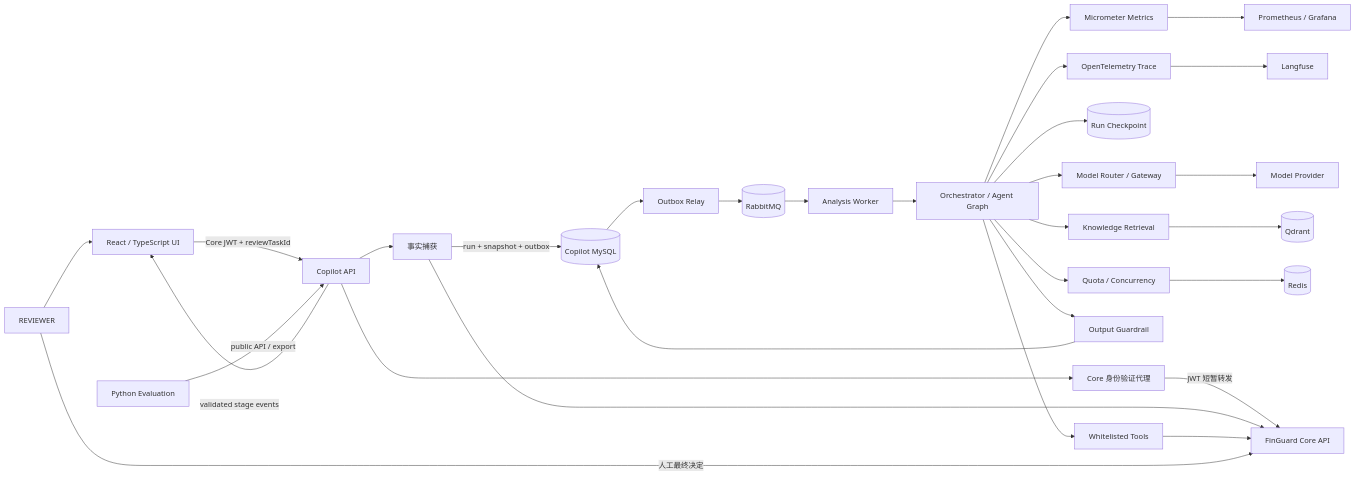
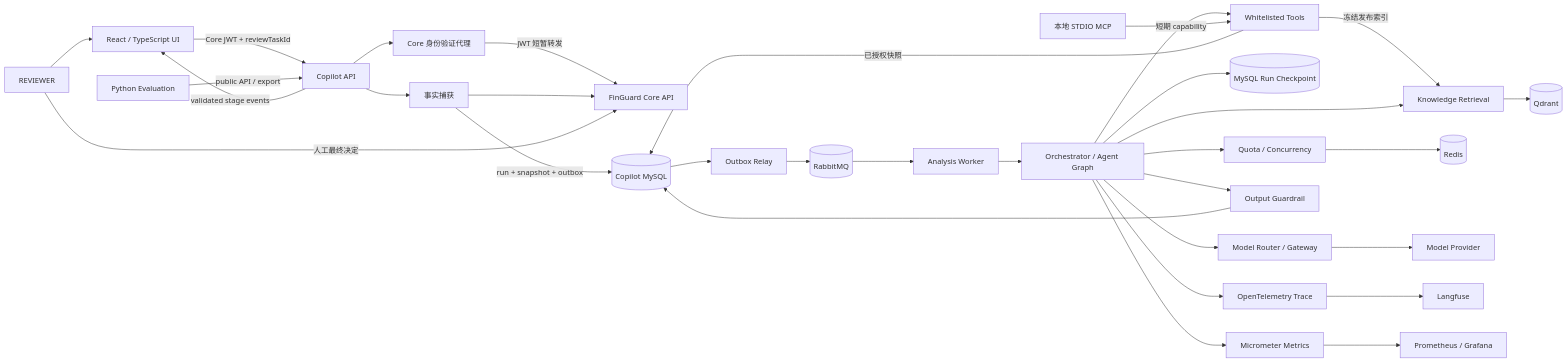
The first of 3 diagrams in docs/ARCHITECTURE.md (jkwang1129/finguard-copilot), drawn with Mermaid before and after one commit. The commit also changed other lines of this file and 301 other files, not shown here.

````diff
--- a/docs/ARCHITECTURE.md
+++ b/docs/ARCHITECTURE.md
@@ -12,32 +12,34 @@
 ```mermaid
 flowchart LR
     Reviewer[REVIEWER] --> UI[React / TypeScript UI]
     UI -->|Core JWT + reviewTaskId| API[Copilot API]
     API -->|validated stage events| UI
     API --> Auth[Core 身份验证代理]
     Auth -->|JWT 短暂转发| Core[FinGuard Core API]
     API --> Capture[事实捕获]
     Capture --> Core
     Capture -->|run + snapshot + outbox| Runs[(Copilot MySQL)]
     Relay[Outbox Relay] --> Queue[(RabbitMQ)]
     Runs --> Relay
     Queue --> Worker[Analysis Worker]
     Worker --> Flow[Orchestrator / Agent Graph]
     Flow --> Tools[Whitelisted Tools]
-    Tools --> Core
-    Flow --> Checkpoint[(Run Checkpoint)]
+    Tools -->|已授权快照| Runs
+    Tools -->|冻结发布索引| Retrieval
+    Flow --> Checkpoint[(MySQL Run Checkpoint)]
     Flow --> Quota[Quota / Concurrency]
     Quota --> Redis[(Redis)]
     Flow --> Retrieval[Knowledge Retrieval]
     Retrieval --> Vector[(Qdrant)]
     Flow --> Model[Model Router / Gateway]
     Model --> LLM[Model Provider]
     Flow --> Guard[Output Guardrail]
     Guard --> Runs
     Flow --> Trace[OpenTelemetry Trace]
     Trace --> Langfuse[Langfuse]
     Flow --> Metrics[Micrometer Metrics]
     Metrics --> Monitoring[Prometheus / Grafana]
     Eval[Python Evaluation] -->|public API / export| API
+    LocalMCP[本地 STDIO MCP] -->|短期 capability| Tools
     Reviewer -->|人工最终决定| Core
 ```
````
